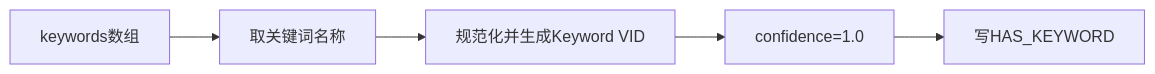
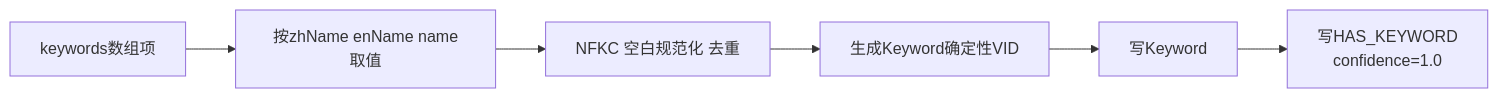
One commit to Marisolebxf/tech-kg-api changed the third of 10 diagrams in backend/schemas/specifications/patent_relation_extraction.md. Above: the diagram before and after it, drawn with Mermaid. The commit also changed other lines of this file and 21 other files, not shown here.

````diff
--- a/backend/schemas/specifications/patent_relation_extraction.md
+++ b/backend/schemas/specifications/patent_relation_extraction.md
@@ -91,7 +130,8 @@
 ```mermaid
 flowchart LR
-    A[keywords数组] --> B[取关键词名称]
-    B --> C[规范化并生成Keyword VID]
-    C --> D[confidence=1.0]
-    D --> E[写HAS_KEYWORD]
+    A[keywords数组项] --> B[按zhName enName name取值]
+    B --> C[NFKC 空白规范化 去重]
+    C --> D[生成Keyword确定性VID]
+    D --> E[写Keyword]
+    E --> F[写HAS_KEYWORD<br/>confidence=1.0]
 ```
````
